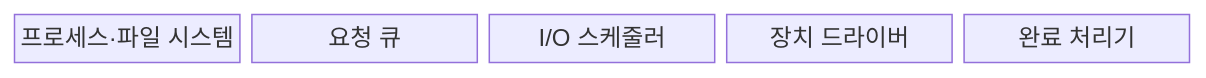
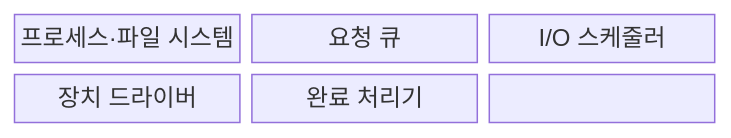
Before and after one commit to agnusdei1207/knowledge-base: the first of 2 diagrams in src/content/docs/notes/03-software/022_io_management_disk_scheduling.md, drawn with Mermaid. The commit also changed other lines of this file and 238 other files, not shown here.

````diff
--- a/src/content/docs/notes/03-software/022_io_management_disk_scheduling.md
+++ b/src/content/docs/notes/03-software/022_io_management_disk_scheduling.md
@@ -70,9 +70,11 @@
 ```mermaid
-block
-  columns 5
+block-beta
+  columns 3
   P["프로세스·파일 시스템"]
   Q["요청 큐"]
   S["I/O 스케줄러"]
   D["장치 드라이버"]
   C["완료 처리기"]
+  P --- Q --- S
+  S --- D --- C
 ```
````
